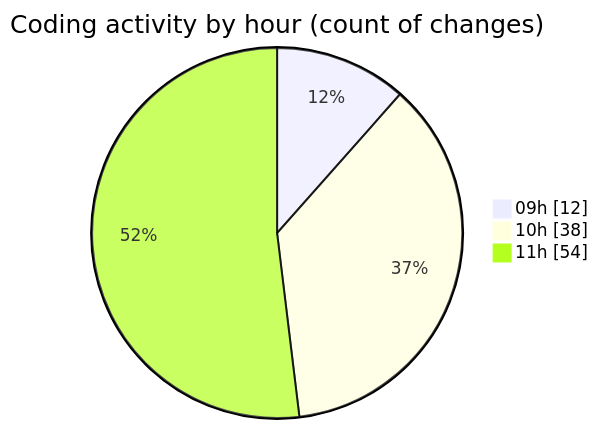
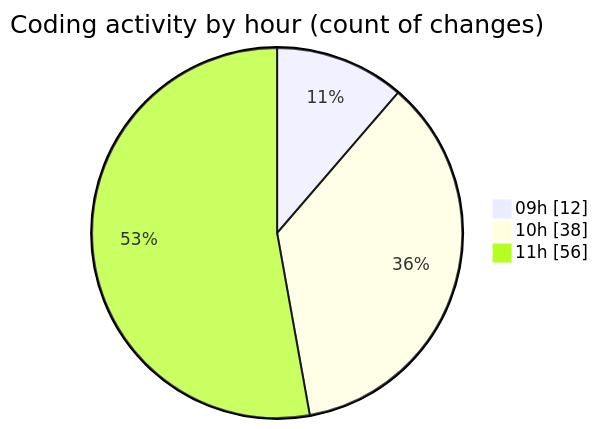
The second of 2 diagrams in 2025-10-03/cda/README.md (momahboobian/code-tracking), drawn with Mermaid before and after one commit. The commit also changed other lines of this file and 1 other file, not shown here.

````diff
--- a/2025-10-03/cda/README.md
+++ b/2025-10-03/cda/README.md
@@ -33,7 +33,7 @@
 ```mermaid
 pie showData
 title Coding activity by hour (count of changes)
 "09h" : 12
 "10h" : 38
-"11h" : 54
+"11h" : 56
 ```
````
